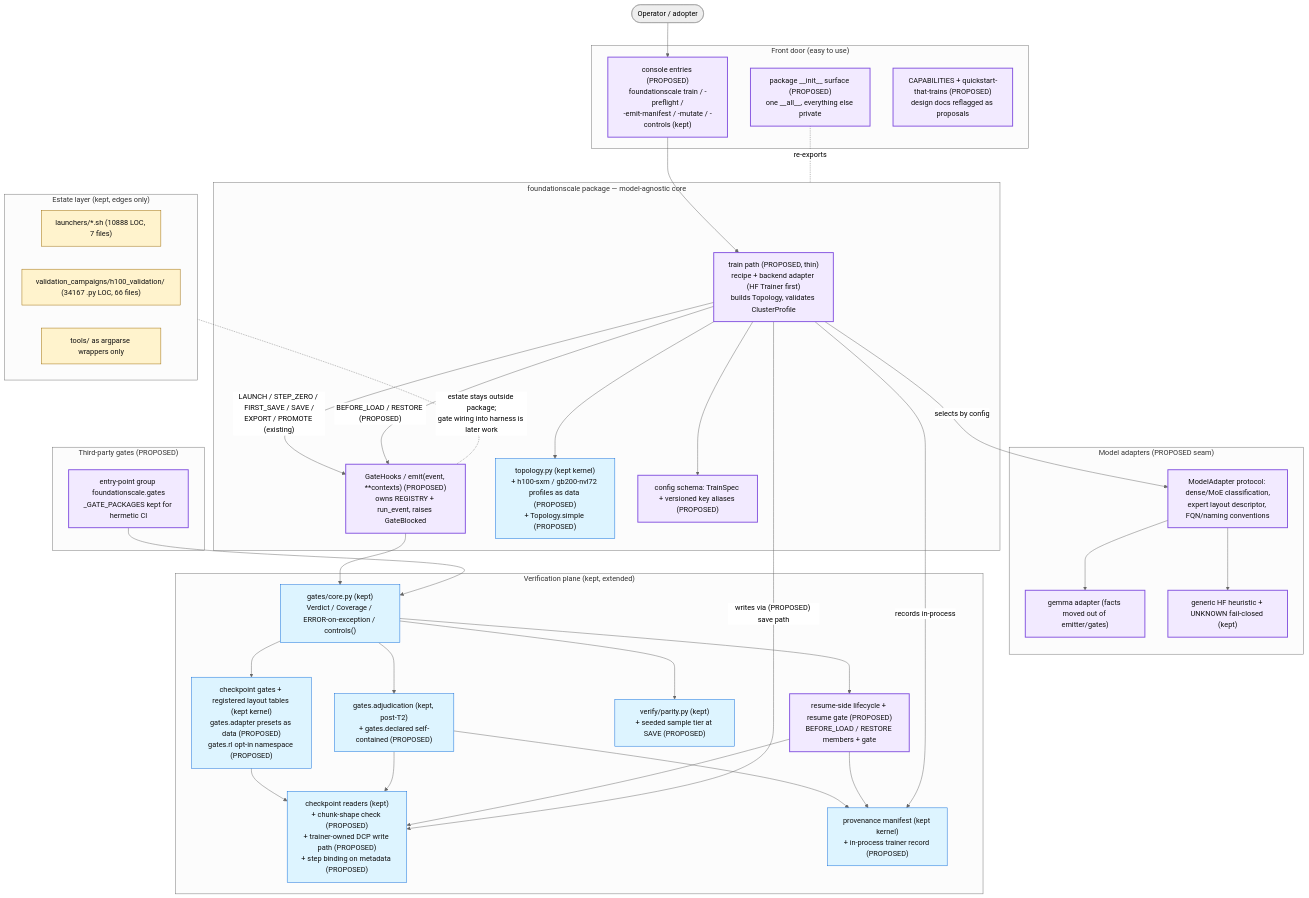
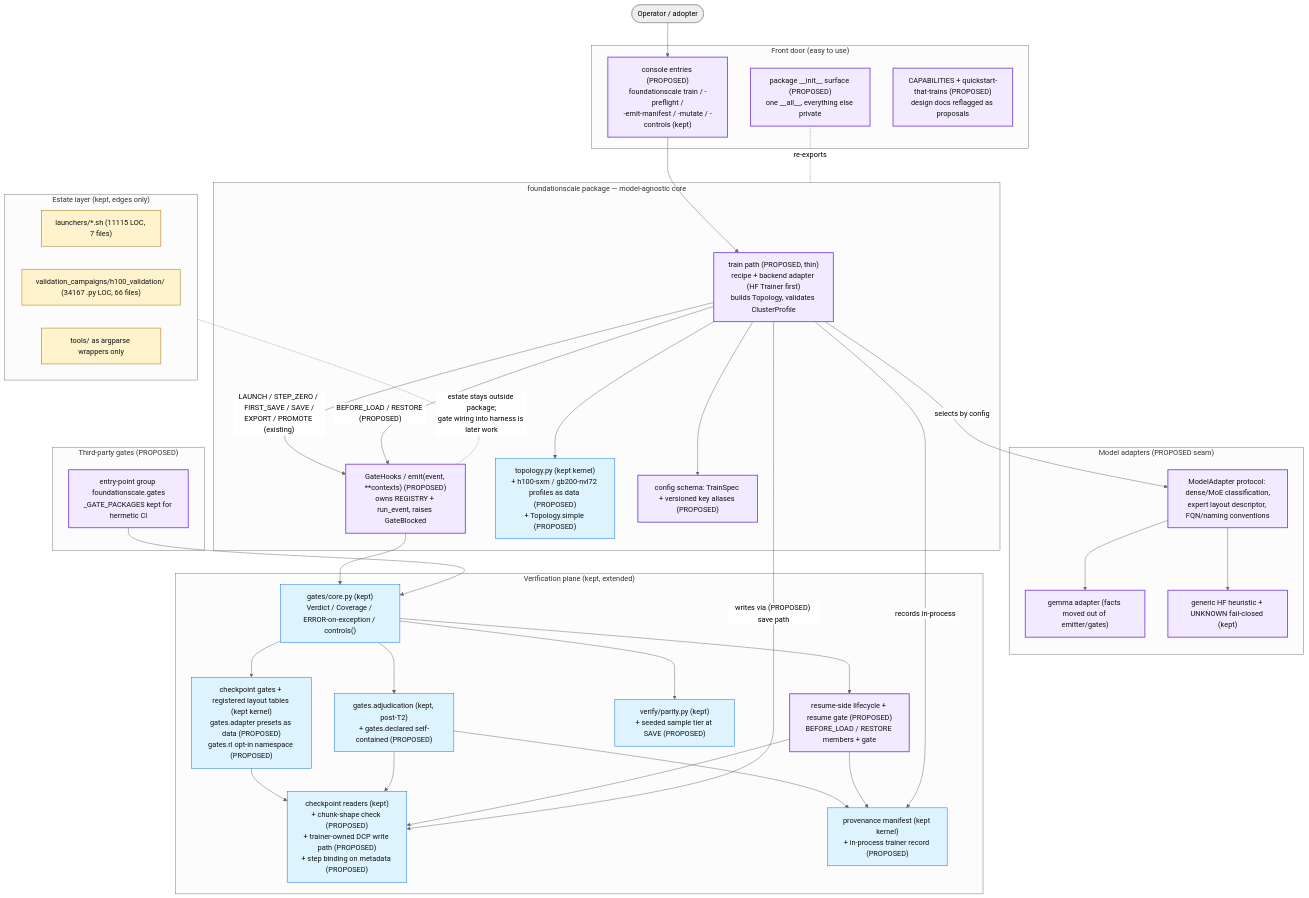
The diagram in docs/review/D5_proposed_architecture.md (TranNhiem/FoundationScale), drawn with Mermaid (neutral theme) before and after one commit. The commit also changed other lines of this file and 14 other files, not shown here.

````diff
--- a/docs/review/D5_proposed_architecture.md
+++ b/docs/review/D5_proposed_architecture.md
@@ -13,74 +13,74 @@
 ```mermaid
 flowchart TB
   U(["Operator / adopter"])
 
   subgraph FRONT["Front door (easy to use)"]
     CLI["console entries (PROPOSED)<br/>foundationscale train / -preflight /<br/>-emit-manifest / -mutate / -controls (kept)"]
     SURF["package __init__ surface (PROPOSED)<br/>one __all__, everything else private"]
     DOCS["CAPABILITIES + quickstart-that-trains (PROPOSED)<br/>design docs reflagged as proposals"]
   end
 
   subgraph CORE["foundationscale package — model-agnostic core"]
     TRAIN["train path (PROPOSED, thin)<br/>recipe + backend adapter (HF Trainer first)<br/>builds Topology, validates ClusterProfile"]
     HOOKS["GateHooks / emit(event, **contexts) (PROPOSED)<br/>owns REGISTRY + run_event, raises GateBlocked"]
     TOPO["topology.py (kept kernel)<br/>+ h100-sxm / gb200-nvl72 profiles as data (PROPOSED)<br/>+ Topology.simple (PROPOSED)"]
     CONFIG["config schema: TrainSpec + versioned key aliases (PROPOSED)"]
   end
 
   subgraph ADAPT["Model adapters (PROPOSED seam)"]
     MA["ModelAdapter protocol: dense/MoE classification,<br/>expert layout descriptor, FQN/naming conventions"]
     GEM["gemma adapter (facts moved out of emitter/gates)"]
     HF["generic HF heuristic + UNKNOWN fail-closed (kept)"]
   end
 
   subgraph VERIFY["Verification plane (kept, extended)"]
     GCORE["gates/core.py (kept)<br/>Verdict / Coverage / ERROR-on-exception / controls()"]
     GCK["checkpoint gates + registered layout tables (kept kernel)<br/>gates.adapter presets as data (PROPOSED)<br/>gates.rl opt-in namespace (PROPOSED)"]
     ADJ["gates.adjudication (kept, post-T2)<br/>+ gates.declared self-contained (PROPOSED)"]
     PAR["verify/parity.py (kept)<br/>+ seeded sample tier at SAVE (PROPOSED)"]
     CKIO["checkpoint readers (kept)<br/>+ chunk-shape check (PROPOSED)<br/>+ trainer-owned DCP write path (PROPOSED)<br/>+ step binding on metadata (PROPOSED)"]
     PROV["provenance manifest (kept kernel)<br/>+ in-process trainer record (PROPOSED)"]
     RES["resume-side lifecycle + resume gate (PROPOSED)<br/>BEFORE_LOAD / RESTORE members + gate"]
   end
 
   subgraph PLUG["Third-party gates (PROPOSED)"]
     EP["entry-point group foundationscale.gates<br/>_GATE_PACKAGES kept for hermetic CI"]
   end
 
   subgraph ESTATE["Estate layer (kept, edges only)"]
-    LAU["launchers/*.sh (10888 LOC, 7 files)"]
+    LAU["launchers/*.sh (11115 LOC, 7 files)"]
     H100["validation_campaigns/h100_validation/ (34167 .py LOC, 66 files)"]
     WRAP["tools/ as argparse wrappers only"]
   end
 
   U --> CLI --> TRAIN
   SURF -. re-exports .- CORE
   TRAIN --> TOPO
   TRAIN --> CONFIG
   TRAIN -- "selects by config" --> MA
   MA --> GEM
   MA --> HF
   TRAIN -- "LAUNCH / STEP_ZERO / FIRST_SAVE / SAVE /<br/>EXPORT / PROMOTE (existing)" --> HOOKS
   TRAIN -- "BEFORE_LOAD / RESTORE (PROPOSED)" --> HOOKS
   HOOKS --> GCORE
   EP --> GCORE
   GCORE --> GCK
   GCORE --> ADJ
   GCORE --> PAR
   GCORE --> RES
   GCK --> CKIO
   ADJ --> CKIO
   ADJ --> PROV
   RES --> CKIO
   RES --> PROV
   TRAIN -- "writes via (PROPOSED) save path" --> CKIO
   TRAIN -- "records in-process" --> PROV
   ESTATE -. "estate stays outside package;<br/>gate wiring into harness is later work" .- HOOKS
 
   classDef new fill:#f2eaff,stroke:#8250df,stroke-width:2px,color:#111;
   classDef kept fill:#ddf4ff,stroke:#0969da,color:#111;
   classDef estate fill:#fff3cd,stroke:#9a6700,color:#111;
   class TRAIN,HOOKS,CLI,SURF,DOCS,MA,GEM,HF,RES,EP,CONFIG new;
   class GCORE,GCK,ADJ,PAR,CKIO,PROV,TOPO kept;
   class LAU,H100,WRAP estate;
 ```
````
